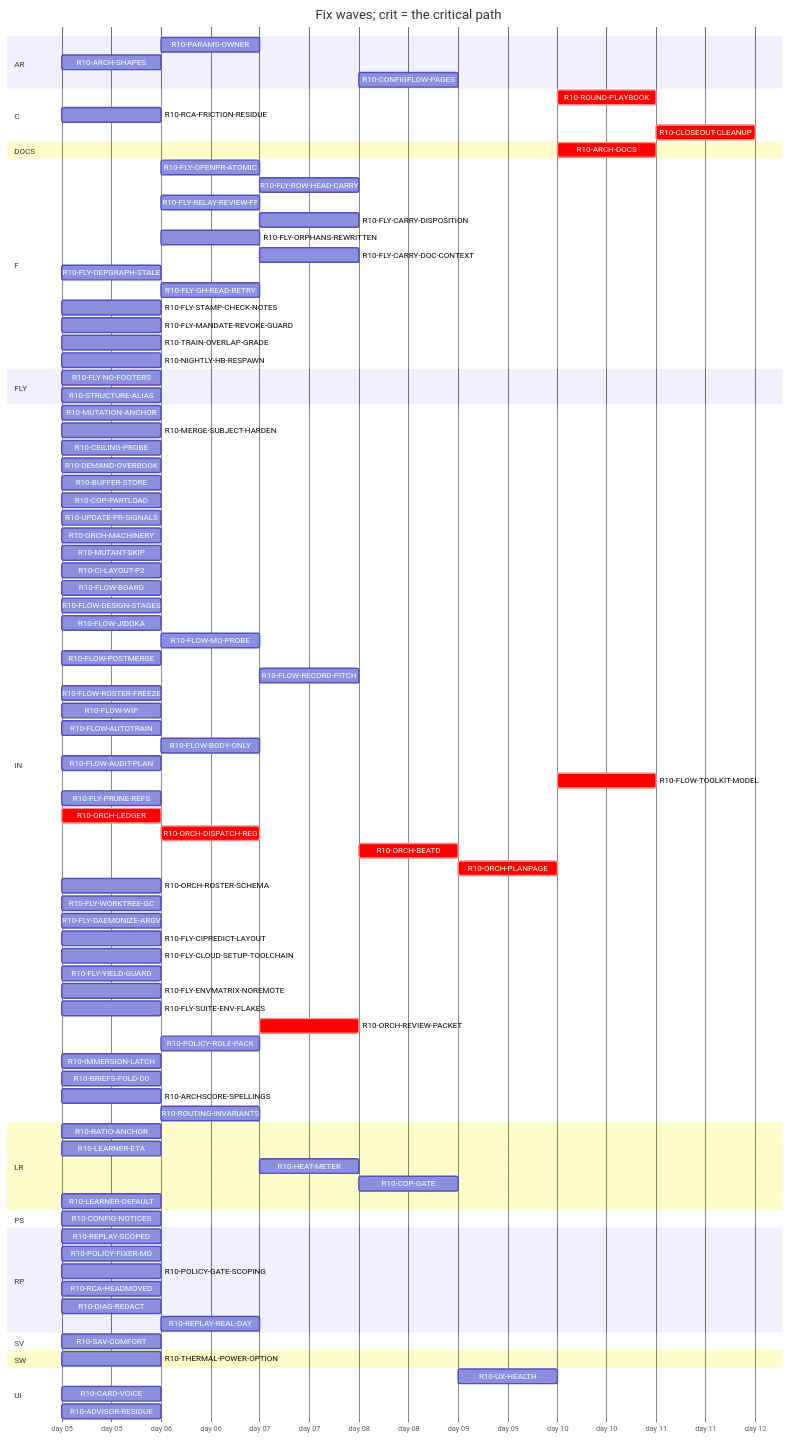
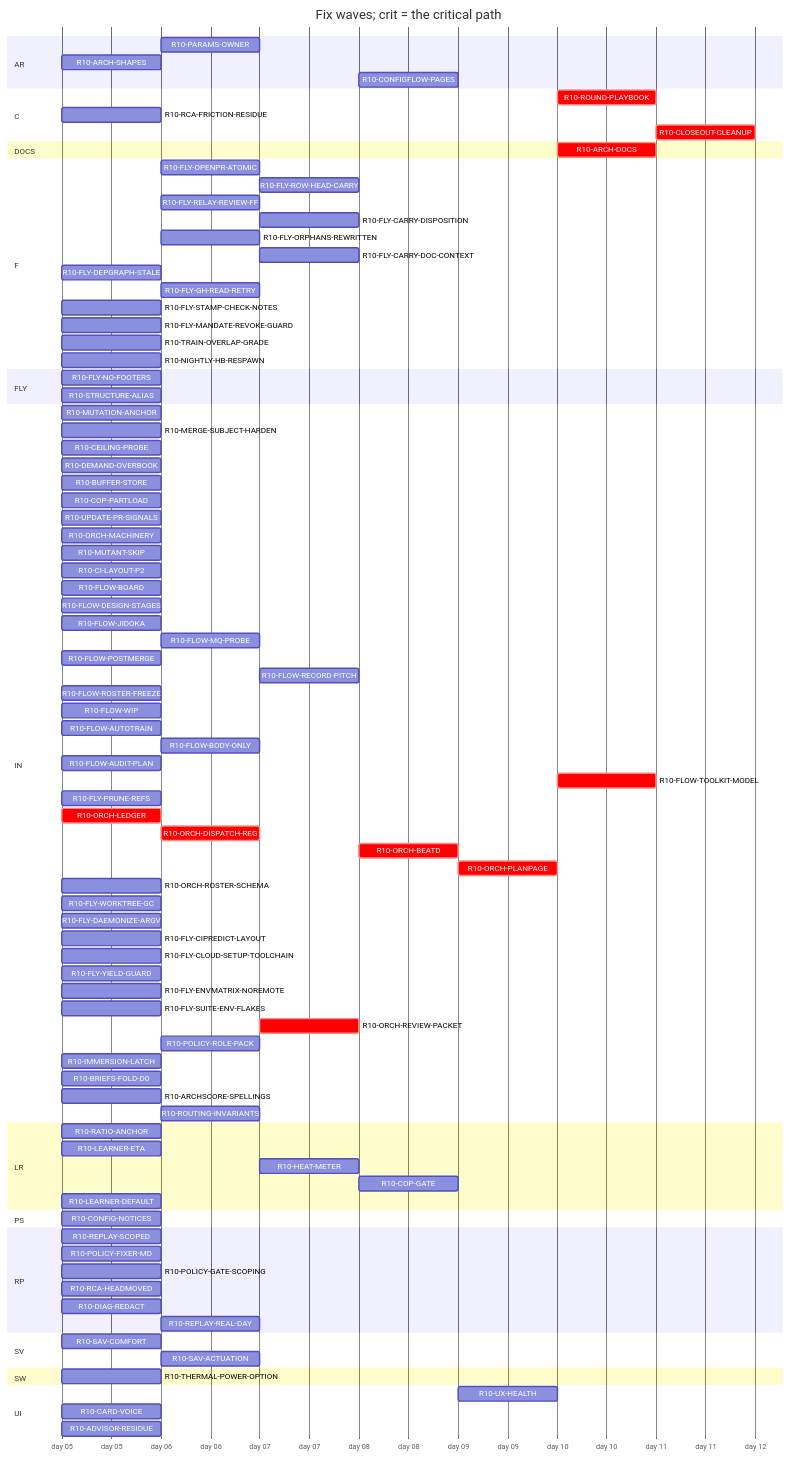
One commit to tvofi/heatpump_optimizer changed the diagram in handoff/round10/state/PLAN-TABLE.md. Above: the diagram before and after it, drawn with Mermaid. The commit also changed other lines of this file and 1 other file, not shown here.

```diff
--- a/handoff/round10/state/PLAN-TABLE.md
+++ b/handoff/round10/state/PLAN-TABLE.md
@@ -36,7 +36,7 @@
     R10-RCA-FRICTION-RESIDUE :r10RCAFRICTIONRESIDUE, 2026-01-05, 1d
     R10-CLOSEOUT-CLEANUP :crit, r10CLOSEOUTCLEANUP, after r10FLYPRUNEREFS r10FLYWORKTREEGC r10ARCHDOCS r10ROUNDPLAYBOOK, 1d
   section DOCS
-    R10-ARCH-DOCS :crit, r10ARCHDOCS, after r10RATIOANCHOR r10CONFIGNOTICES r10PARAMSOWNER r10ARCHSHAPES r10LEARNERETA r10HEATMETER r10COPGATE r10UXHEALTH r10CONFIGFLOWPAGES r10REPLAYSCOPED r10POLICYFIXERMD r10POLICYGATESCOPING r10RCAHEADMOVED r10SAVCOMFORT r10MUTATIONANCHOR r10MERGESUBJECTHARDEN r10CEILINGPROBE r10DEMANDOVERBOOK r10BUFFERSTORE r10COPPARTLOAD r10UPDATEPRSIGNALS r10CARDVOICE r10THERMALPOWEROPTION r10LEARNERDEFAULT r10MUTANTSKIP r10CILAYOUTP2 r10FLOWBOARD r10FLOWDESIGNSTAGES r10FLOWJIDOKA r10FLOWMQPROBE r10FLOWPOSTMERGE r10FLOWRECORDPITCH r10FLOWROSTERFREEZE r10FLOWWIP r10FLOWAUTOTRAIN r10FLOWBODYONLY r10FLYOPENPRATOMIC r10FLYROWHEADCARRY r10FLOWAUDITPLAN r10FLYRELAYREVIEWFF r10FLYCARRYDISPOSITION r10FLYORPHANSREWRITTEN r10FLYCARRYDOCCONTEXT r10FLYDEPGRAPHSTALE r10FLOWTOOLKITMODEL r10FLYSTAMPCHECKNOTES r10FLYMANDATEREVOKEGUARD r10RCAFRICTIONRESIDUE r10TRAINOVERLAPGRADE r10NIGHTLYHBRESPAWN r10FLYPRUNEREFS r10ORCHLEDGER r10ORCHDISPATCHREG r10ORCHBEATD r10ORCHPLANPAGE r10ORCHROSTERSCHEMA r10FLYWORKTREEGC r10FLYDAEMONIZEARGV r10FLYCIPREDICTLAYOUT r10FLYCLOUDSETUPTOOLCHAIN r10FLYYIELDGUARD r10FLYENVMATRIXNOREMOTE r10STRUCTUREALIAS r10ORCHREVIEWPACKET r10POLICYROLEPACK r10IMMERSIONLATCH r10DIAGREDACT r10ADVISORRESIDUE r10BRIEFSFOLDD0 r10REPLAYREALDAY r10ARCHSCORESPELLINGS r10ROUTINGINVARIANTS, 1d
+    R10-ARCH-DOCS :crit, r10ARCHDOCS, after r10RATIOANCHOR r10CONFIGNOTICES r10PARAMSOWNER r10ARCHSHAPES r10LEARNERETA r10HEATMETER r10COPGATE r10UXHEALTH r10CONFIGFLOWPAGES r10REPLAYSCOPED r10POLICYFIXERMD r10POLICYGATESCOPING r10RCAHEADMOVED r10SAVCOMFORT r10MUTATIONANCHOR r10MERGESUBJECTHARDEN r10CEILINGPROBE r10DEMANDOVERBOOK r10BUFFERSTORE r10COPPARTLOAD r10UPDATEPRSIGNALS r10CARDVOICE r10THERMALPOWEROPTION r10LEARNERDEFAULT r10MUTANTSKIP r10CILAYOUTP2 r10FLOWBOARD r10FLOWDESIGNSTAGES r10FLOWJIDOKA r10FLOWMQPROBE r10FLOWPOSTMERGE r10FLOWRECORDPITCH r10FLOWROSTERFREEZE r10FLOWWIP r10FLOWAUTOTRAIN r10FLOWBODYONLY r10FLYOPENPRATOMIC r10FLYROWHEADCARRY r10FLOWAUDITPLAN r10FLYRELAYREVIEWFF r10FLYCARRYDISPOSITION r10FLYORPHANSREWRITTEN r10FLYCARRYDOCCONTEXT r10FLYDEPGRAPHSTALE r10FLOWTOOLKITMODEL r10FLYSTAMPCHECKNOTES r10FLYMANDATEREVOKEGUARD r10RCAFRICTIONRESIDUE r10TRAINOVERLAPGRADE r10NIGHTLYHBRESPAWN r10FLYPRUNEREFS r10ORCHLEDGER r10ORCHDISPATCHREG r10ORCHBEATD r10ORCHPLANPAGE r10ORCHROSTERSCHEMA r10FLYWORKTREEGC r10FLYDAEMONIZEARGV r10FLYCIPREDICTLAYOUT r10FLYCLOUDSETUPTOOLCHAIN r10FLYYIELDGUARD r10FLYENVMATRIXNOREMOTE r10STRUCTUREALIAS r10ORCHREVIEWPACKET r10POLICYROLEPACK r10IMMERSIONLATCH r10DIAGREDACT r10ADVISORRESIDUE r10BRIEFSFOLDD0 r10REPLAYREALDAY r10ARCHSCORESPELLINGS r10ROUTINGINVARIANTS r10SAVACTUATION, 1d
   section F
     R10-FLY-OPENPR-ATOMIC :r10FLYOPENPRATOMIC, after r10UPDATEPRSIGNALS, 1d
     R10-FLY-ROW-HEAD-CARRY :r10FLYROWHEADCARRY, after r10CILAYOUTP2 r10FLYOPENPRATOMIC r10FLOWMQPROBE, 1d
@@ -112,6 +112,7 @@
     R10-REPLAY-REAL-DAY :r10REPLAYREALDAY, after r10REPLAYSCOPED r10DIAGREDACT, 1d
   section SV
     R10-SAV-COMFORT :r10SAVCOMFORT, 2026-01-05, 1d
+    R10-SAV-ACTUATION :r10SAVACTUATION, after r10SAVCOMFORT, 1d
   section SW
     R10-THERMAL-POWER-OPTION :r10THERMALPOWEROPTION, 2026-01-05, 1d
   section UI
```
